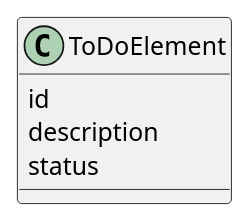
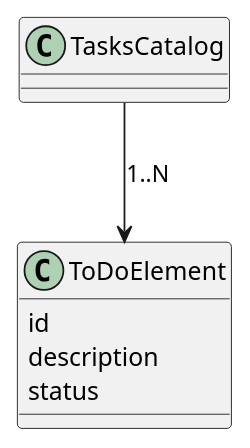
The diagram in toDOListCore/docs/primitiveSchema.puml (sergeysh88/toDOlist), drawn with PlantUML before and after one commit. The commit also changed 3 other files, not shown here.

```diff
--- a/toDOListCore/docs/primitiveSchema.puml
+++ b/toDOListCore/docs/primitiveSchema.puml
@@ -1,5 +1,14 @@
 @startuml
 ToDoElement : id
 ToDoElement : description
 ToDoElement : status
+
+
+
+TasksCatalog --> ToDoElement : 1..N
+
+
+
+
+
 @enduml
```
